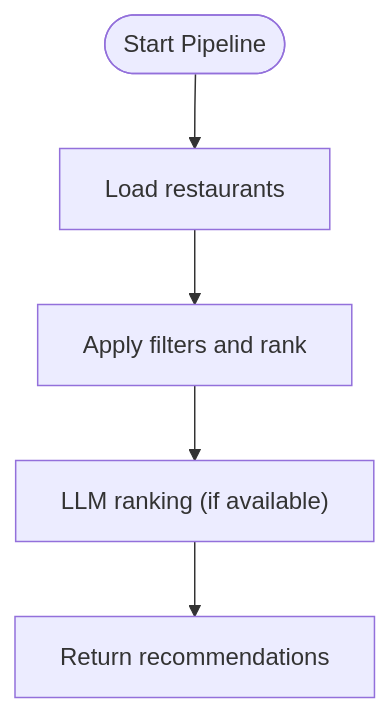
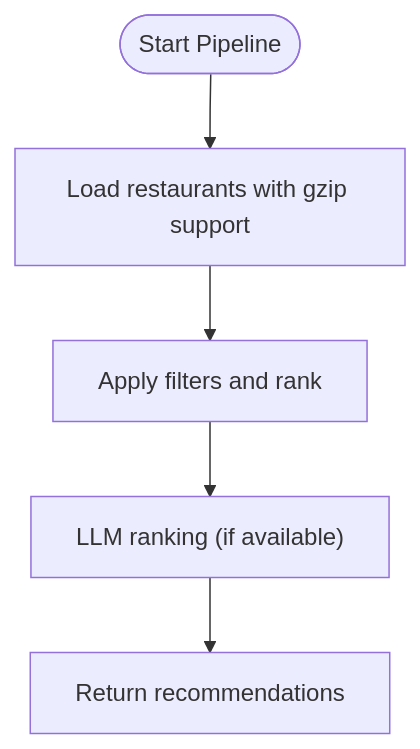
One commit to ishpreetsingh252003/Zomato changed the seventh of 9 diagrams in .qoder/repowiki/en/content/Phase 6_ Monitoring/Phase 6_ Monitoring.md. Above: the diagram before and after it, drawn with Mermaid. The commit also changed other lines of this file and 48 other files, not shown here.

````diff
--- a/.qoder/repowiki/en/content/Phase 6_ Monitoring/Phase 6_ Monitoring.md
+++ b/.qoder/repowiki/en/content/Phase 6_ Monitoring/Phase 6_ Monitoring.md
@@ -236,7 +249,7 @@
 ```mermaid
 flowchart TD
-Start(["Start Pipeline"]) --> LoadData["Load restaurants"]
+Start(["Start Pipeline"]) --> LoadData["Load restaurants with gzip support"]
 LoadData --> Phase3["Apply filters and rank"]
 Phase3 --> Phase4["LLM ranking (if available)"]
 Phase4 --> Return["Return recommendations"]
 ```
````
